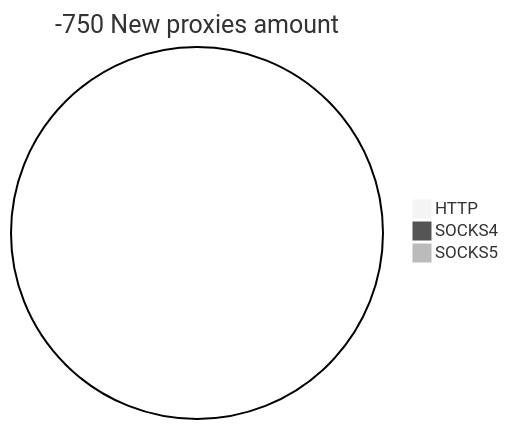
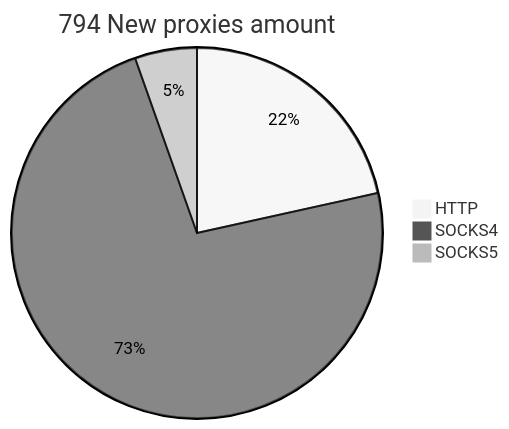
Before and after one commit to cutipu/proxylist: the second of 2 diagrams in README.md, drawn with Mermaid (neutral theme). The commit also changed other lines of this file, not shown here.

````diff
--- a/README.md
+++ b/README.md
@@ -10,6 +10,6 @@
 ```mermaid
-pie title -750 New proxies amount
-    "HTTP" : 0
-    "SOCKS4" : 0
-    "SOCKS5" : 0
+pie title 794 New proxies amount
+    "HTTP" : 171
+    "SOCKS4" : 580
+    "SOCKS5" : 43
 ```
````
